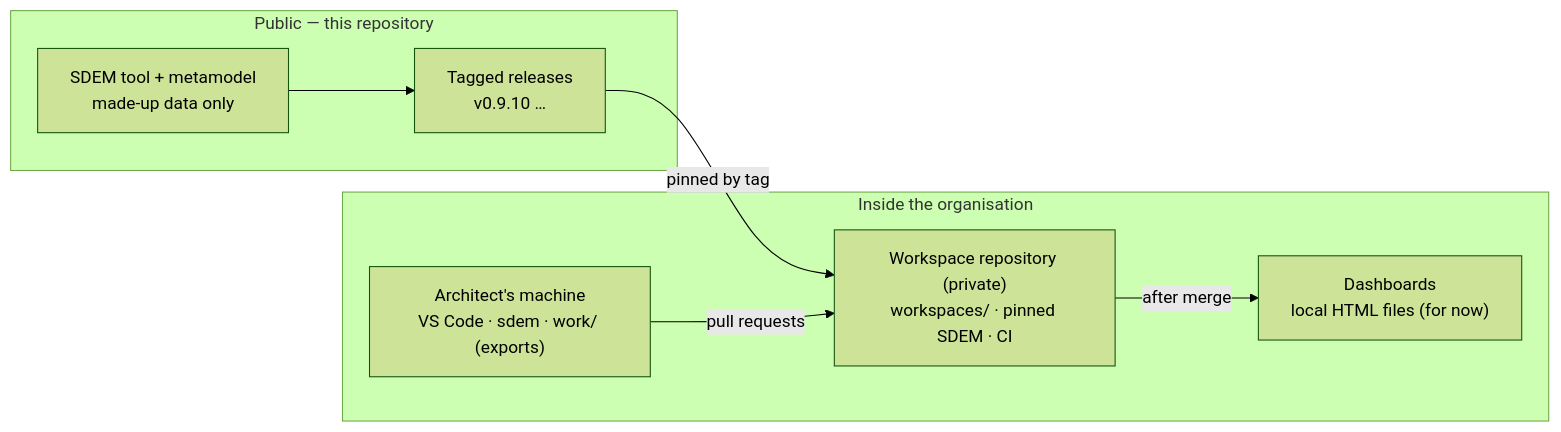
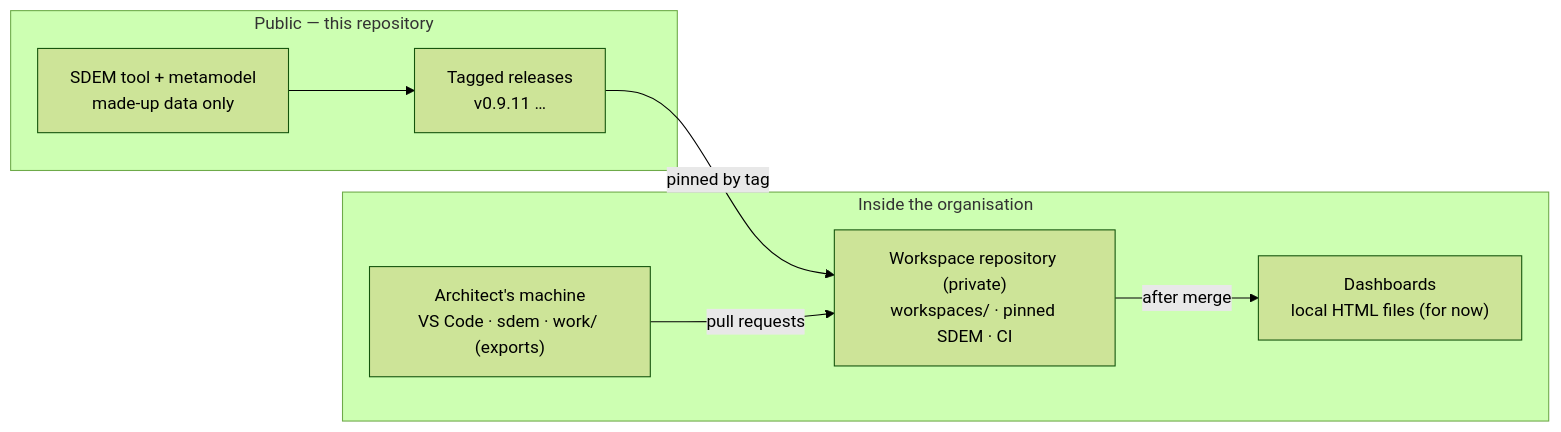
One commit to taumoeps/bian-sdem-framework changed the diagram in docs/sdem-operating-model.md. Above: the diagram before and after it, drawn with Mermaid (forest theme). The commit also changed other lines of this file and 23 other files, not shown here.

````diff
--- a/docs/sdem-operating-model.md
+++ b/docs/sdem-operating-model.md
@@ -7,14 +7,14 @@
 ```mermaid
 flowchart LR
     subgraph PUB["Public — this repository"]
-      T["SDEM tool + metamodel<br/>made-up data only"] --> REL["Tagged releases<br/>v0.9.10 …"]
+      T["SDEM tool + metamodel<br/>made-up data only"] --> REL["Tagged releases<br/>v0.9.11 …"]
     end
     subgraph ORG["Inside the organisation"]
       ER["Workspace repository (private)<br/>workspaces/ · pinned SDEM · CI"]
       WS["Architect's machine<br/>VS Code · sdem · work/ (exports)"]
       H["Dashboards<br/>local HTML files (for now)"]
     end
     REL -- "pinned by tag" --> ER
     WS -- "pull requests" --> ER
     ER -- "after merge" --> H
 ```
````
